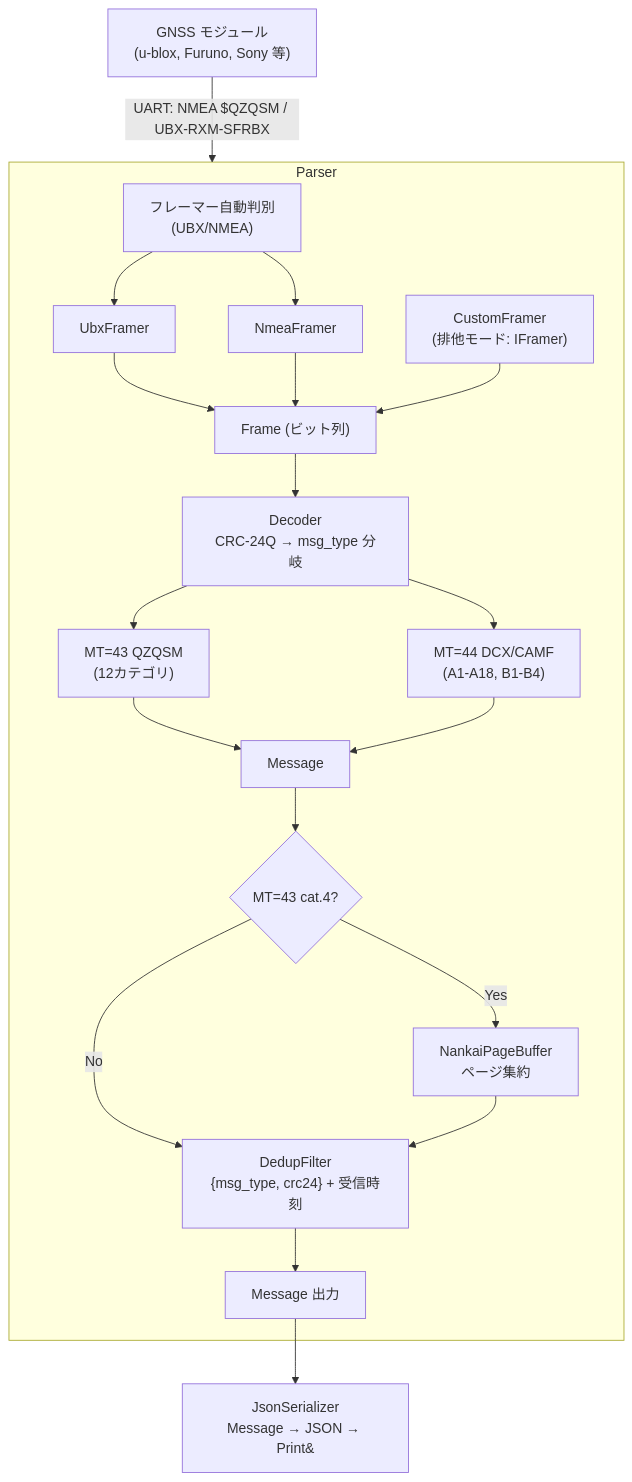
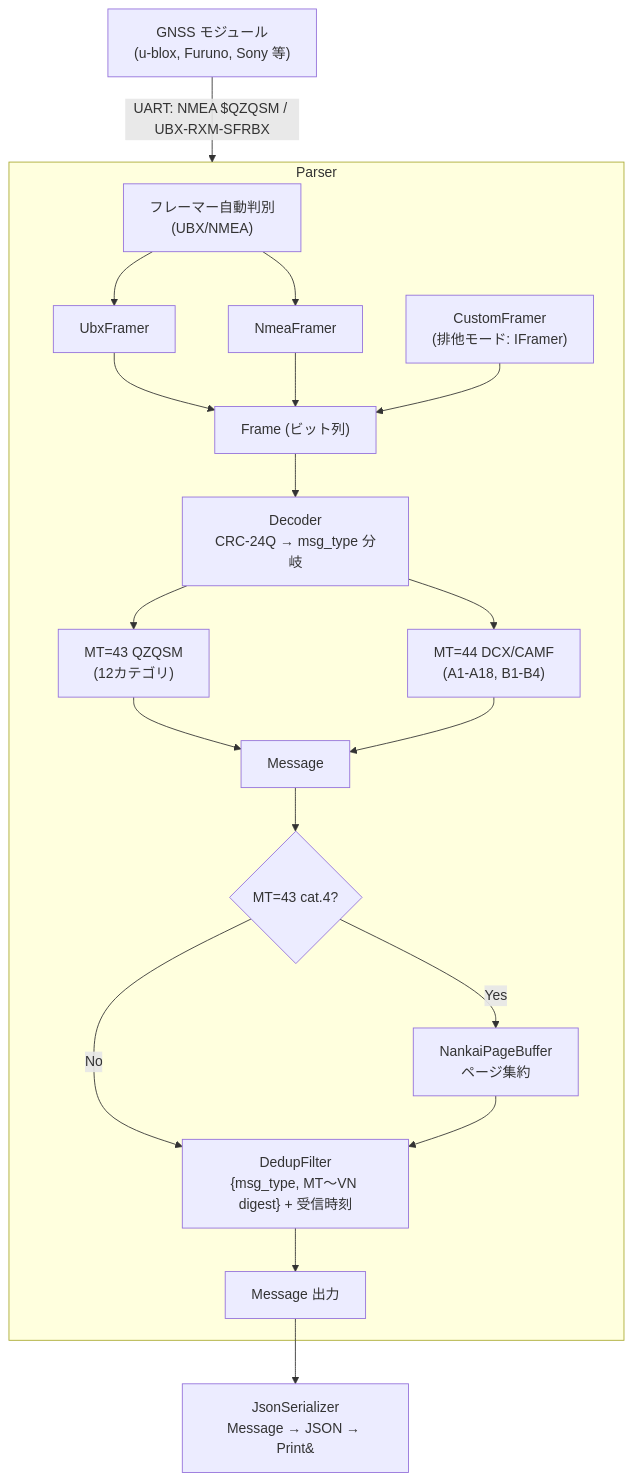
The first of 3 diagrams in docs/architecture.md (A-vrice/azaraC), drawn with Mermaid before and after one commit. The commit also changed other lines of this file and 19 other files, not shown here.

````diff
--- a/docs/architecture.md
+++ b/docs/architecture.md
@@ -11,32 +11,32 @@
 ```mermaid
 graph TD
     GNSS["GNSS モジュール<br/>(u-blox, Furuno, Sony 等)"]
     GNSS -->|"UART: NMEA $QZQSM / UBX-RXM-SFRBX"| Parser
 
     subgraph Parser
         FramerAuto["フレーマー自動判別<br/>(UBX/NMEA)"]
         UBX["UbxFramer"]
         NMEA["NmeaFramer"]
         FramerAuto --> UBX
         FramerAuto --> NMEA
         Custom["CustomFramer<br/>(排他モード: IFramer)"]
         UBX --> Frame
         NMEA --> Frame
         Custom --> Frame
         Frame["Frame (ビット列)"]
         Frame --> Decoder
         Decoder["Decoder<br/>CRC-24Q → msg_type 分岐"]
         Decoder --> MT43["MT=43 QZQSM<br/>(12カテゴリ)"]
         Decoder --> MT44["MT=44 DCX/CAMF<br/>(A1-A18, B1-B4)"]
         MT43 --> Msg["Message"]
         MT44 --> Msg
         Msg --> Nankai{"MT=43 cat.4?"}
         Nankai -->|"Yes"| NankaiBuf["NankaiPageBuffer<br/>ページ集約"]
-        Nankai -->|"No"| Dedup["DedupFilter<br/>{msg_type, crc24} + 受信時刻"]
+        Nankai -->|"No"| Dedup["DedupFilter<br/>{msg_type, MT～VN digest} + 受信時刻"]
         NankaiBuf --> Dedup
         Dedup --> Out["Message 出力"]
     end
 
     Out --> Serializer
     Serializer["JsonSerializer<br/>Message → JSON → Print&"]
 ```
````
